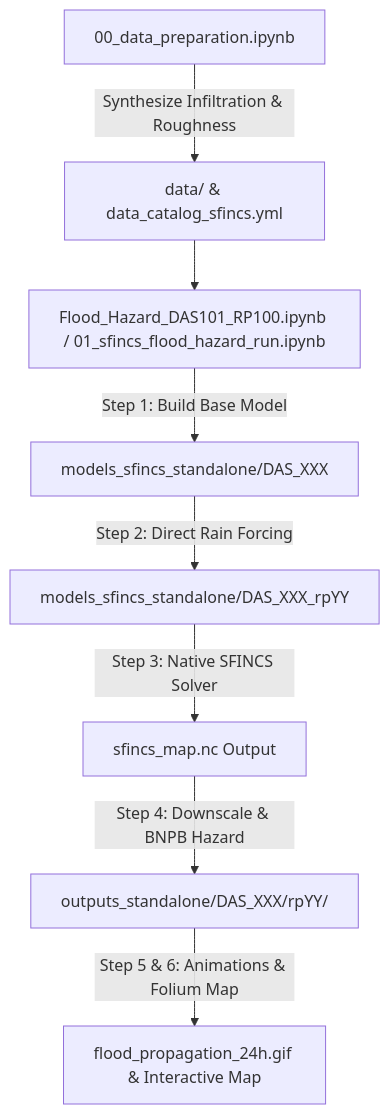
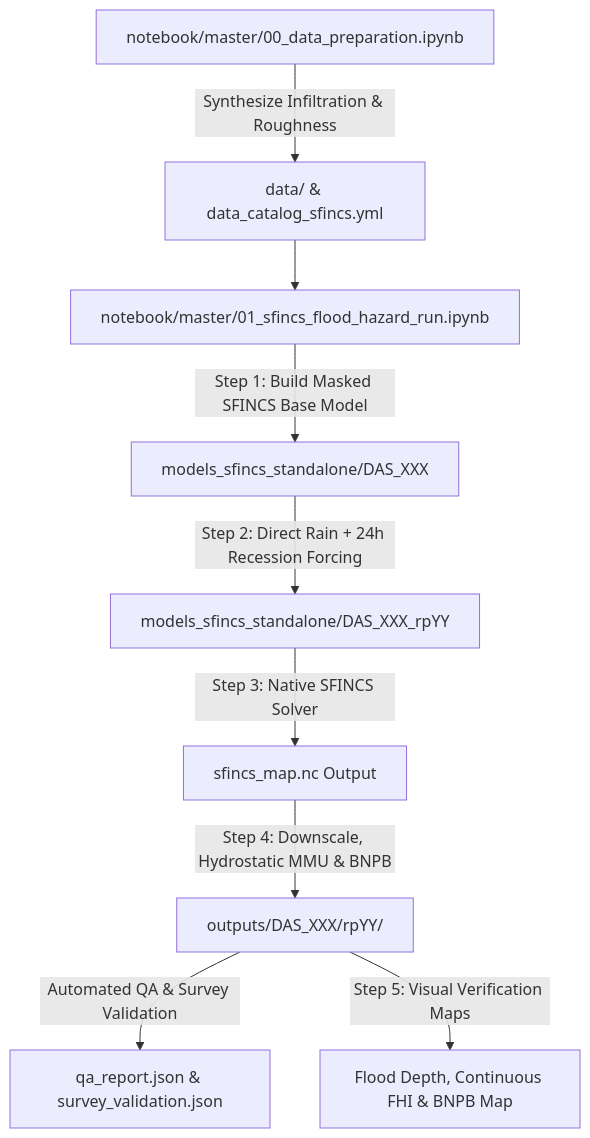
Before and after one commit to abednb/sumbar_flood_hazard: the diagram in docs/TUTORIAL.md, drawn with Mermaid. The commit also changed other lines of this file and 32 other files, not shown here.

````diff
--- a/docs/TUTORIAL.md
+++ b/docs/TUTORIAL.md
@@ -9,10 +9,11 @@
 ```mermaid
 graph TD
-    A[00_data_preparation.ipynb] -->|Synthesize Infiltration & Roughness| B[data/ & data_catalog_sfincs.yml]
-    B --> C[Flood_Hazard_DAS101_RP100.ipynb / 01_sfincs_flood_hazard_run.ipynb]
-    C -->|Step 1: Build Base Model| D[models_sfincs_standalone/DAS_XXX]
-    D -->|Step 2: Direct Rain Forcing| E[models_sfincs_standalone/DAS_XXX_rpYY]
-    E -->|Step 3: Native SFINCS Solver| F[sfincs_map.nc Output]
-    F -->|Step 4: Downscale & BNPB Hazard| G[outputs_standalone/DAS_XXX/rpYY/]
-    G -->|Step 5 & 6: Animations & Folium Map| H[flood_propagation_24h.gif & Interactive Map]
+    A["notebook/master/00_data_preparation.ipynb"] -->|"Synthesize Infiltration & Roughness"| B["data/ & data_catalog_sfincs.yml"]
+    B --> C["notebook/master/01_sfincs_flood_hazard_run.ipynb"]
+    C -->|"Step 1: Build Masked SFINCS Base Model"| D["models_sfincs_standalone/DAS_XXX"]
+    D -->|"Step 2: Direct Rain + 24h Recession Forcing"| E["models_sfincs_standalone/DAS_XXX_rpYY"]
+    E -->|"Step 3: Native SFINCS Solver"| F["sfincs_map.nc Output"]
+    F -->|"Step 4: Downscale, Hydrostatic MMU & BNPB"| G["outputs/DAS_XXX/rpYY/"]
+    G -->|"Automated QA & Survey Validation"| H["qa_report.json & survey_validation.json"]
+    G -->|"Step 5: Visual Verification Maps"| I["Flood Depth, Continuous FHI & BNPB Map"]
 ```
````
